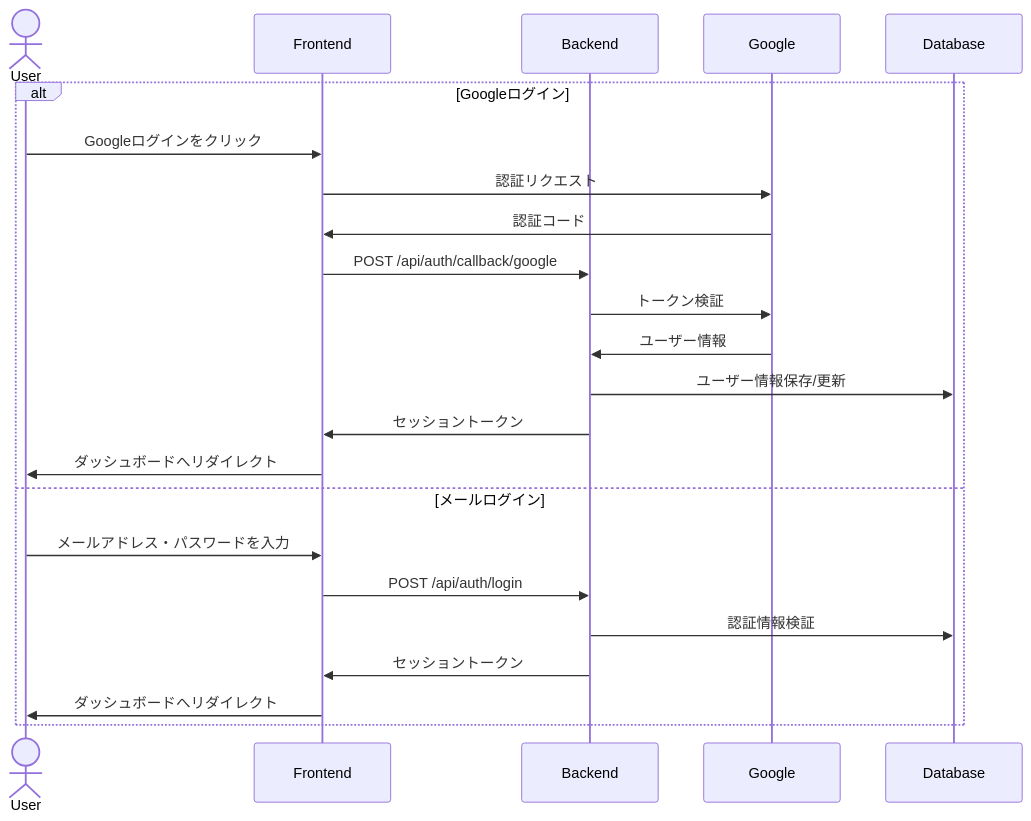
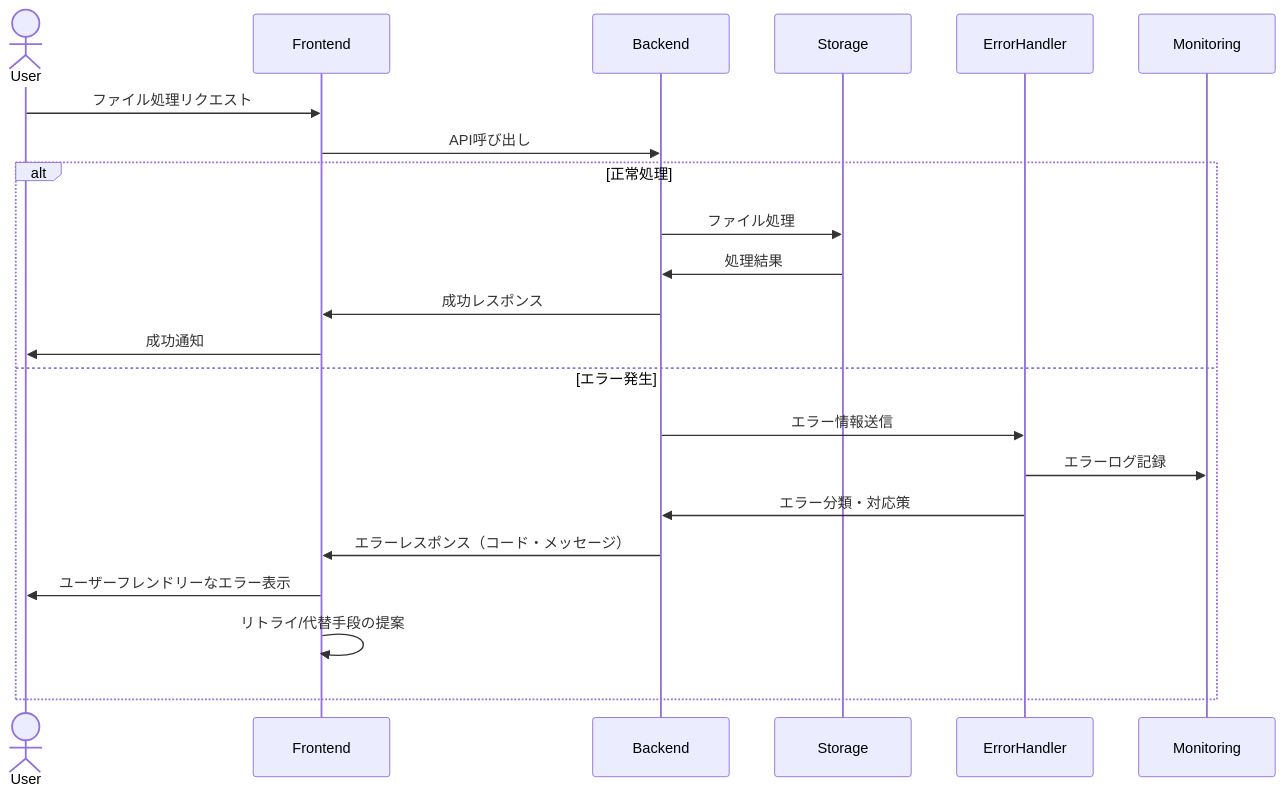
One commit to YusukeTsunoda/ppttranslatorapp changed the sixth of 6 diagrams in Docs/sequence.md. Above: the diagram before and after it, drawn with Mermaid. The commit also changed other lines of this file and 44 other files, not shown here.

````diff
--- a/Docs/sequence.md
+++ b/Docs/sequence.md
@@ -46,26 +160,26 @@
 ```mermaid
 sequenceDiagram
     actor User
     participant Frontend
     participant Backend
-    participant Google
-    participant Database
+    participant Storage
+    participant ErrorHandler
+    participant Monitoring
 
-    alt Googleログイン
-        User->>Frontend: Googleログインをクリック
-        Frontend->>Google: 認証リクエスト
-        Google->>Frontend: 認証コード
-        Frontend->>Backend: POST /api/auth/callback/google
-        Backend->>Google: トークン検証
-        Google->>Backend: ユーザー情報
-        Backend->>Database: ユーザー情報保存/更新
-        Backend->>Frontend: セッショントークン
-        Frontend->>User: ダッシュボードへリダイレクト
-    else メールログイン
-        User->>Frontend: メールアドレス・パスワードを入力
-        Frontend->>Backend: POST /api/auth/login
-        Backend->>Database: 認証情報検証
-        Backend->>Frontend: セッショントークン
-        Frontend->>User: ダッシュボードへリダイレクト
+    User->>Frontend: ファイル処理リクエスト
+    Frontend->>Backend: API呼び出し
+    
+    alt 正常処理
+        Backend->>Storage: ファイル処理
+        Storage->>Backend: 処理結果
+        Backend->>Frontend: 成功レスポンス
+        Frontend->>User: 成功通知
+    else エラー発生
+        Backend->>ErrorHandler: エラー情報送信
+        ErrorHandler->>Monitoring: エラーログ記録
+        ErrorHandler->>Backend: エラー分類・対応策
+        Backend->>Frontend: エラーレスポンス（コード・メッセージ）
+        Frontend->>User: ユーザーフレンドリーなエラー表示
+        Frontend->>Frontend: リトライ/代替手段の提案
     end
 ``` 
````
